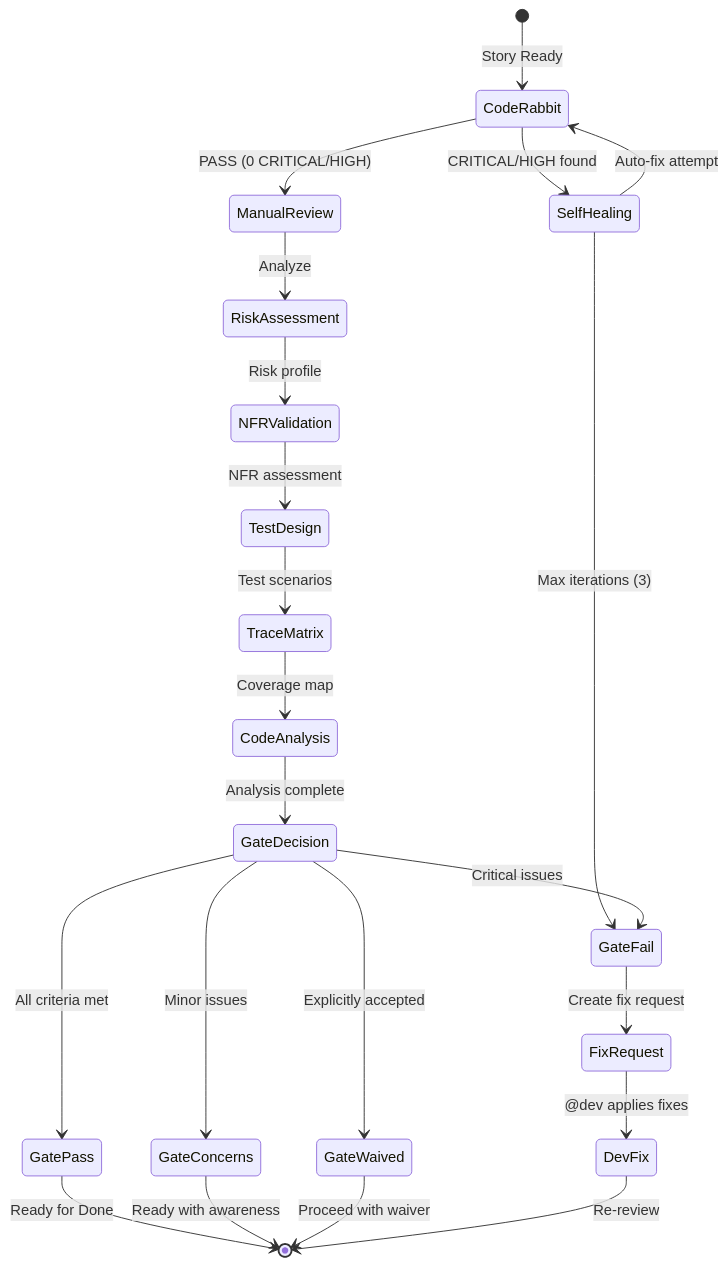
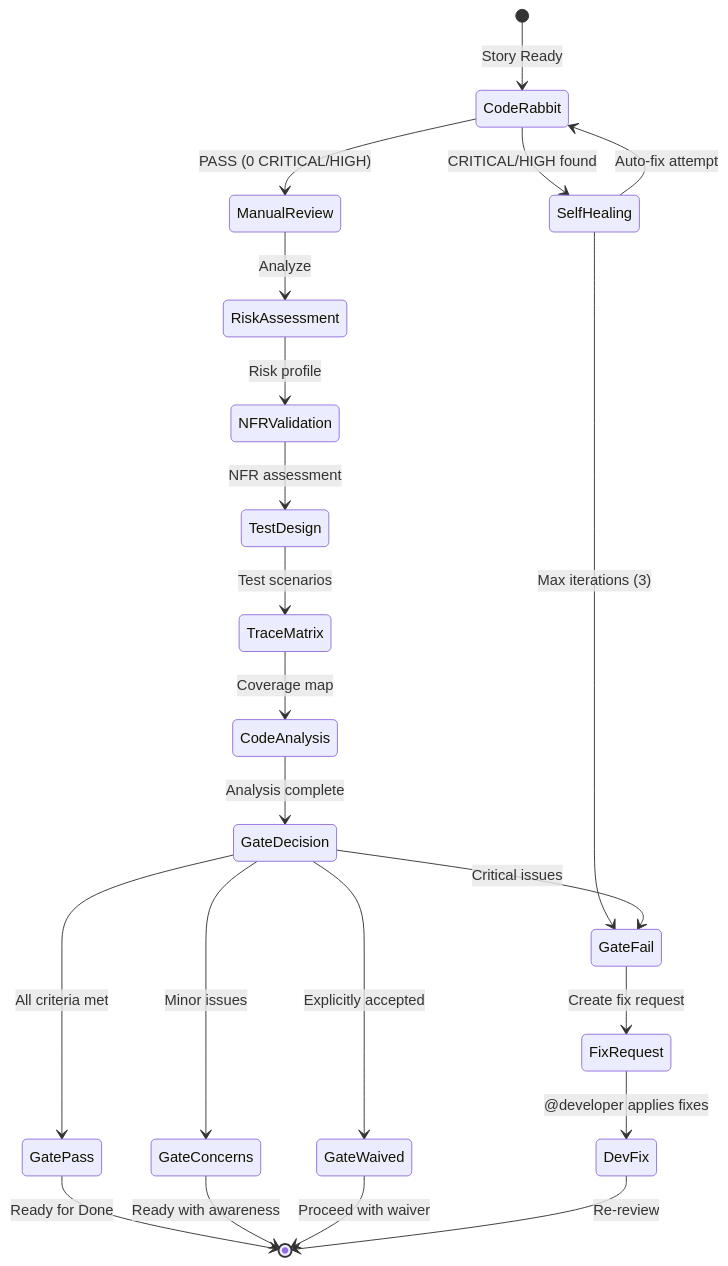
One commit to caioimori/sinapse-ai changed the third of 5 diagrams in docs/guides/agents/QA-SYSTEM.md. Above: the diagram before and after it, drawn with Mermaid. The commit also changed other lines of this file and 873 other files, not shown here.

````diff
--- a/docs/guides/agents/QA-SYSTEM.md
+++ b/docs/guides/agents/QA-SYSTEM.md
@@ -279,31 +279,31 @@
 ```mermaid
 stateDiagram-v2
     [*] --> CodeRabbit: Story Ready
 
     CodeRabbit --> ManualReview: PASS (0 CRITICAL/HIGH)
     CodeRabbit --> SelfHealing: CRITICAL/HIGH found
 
     SelfHealing --> CodeRabbit: Auto-fix attempt
     SelfHealing --> GateFail: Max iterations (3)
 
     ManualReview --> RiskAssessment: Analyze
     RiskAssessment --> NFRValidation: Risk profile
     NFRValidation --> TestDesign: NFR assessment
     TestDesign --> TraceMatrix: Test scenarios
     TraceMatrix --> CodeAnalysis: Coverage map
 
     CodeAnalysis --> GateDecision: Analysis complete
 
     GateDecision --> GatePass: All criteria met
     GateDecision --> GateConcerns: Minor issues
     GateDecision --> GateFail: Critical issues
     GateDecision --> GateWaived: Explicitly accepted
 
     GatePass --> [*]: Ready for Done
     GateConcerns --> [*]: Ready with awareness
     GateFail --> FixRequest: Create fix request
     GateWaived --> [*]: Proceed with waiver
 
-    FixRequest --> DevFix: @dev applies fixes
+    FixRequest --> DevFix: @developer applies fixes
     DevFix --> [*]: Re-review
 ```
````
